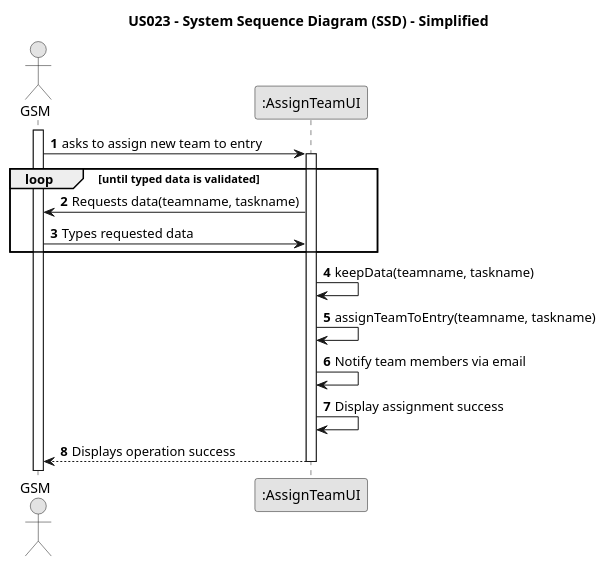
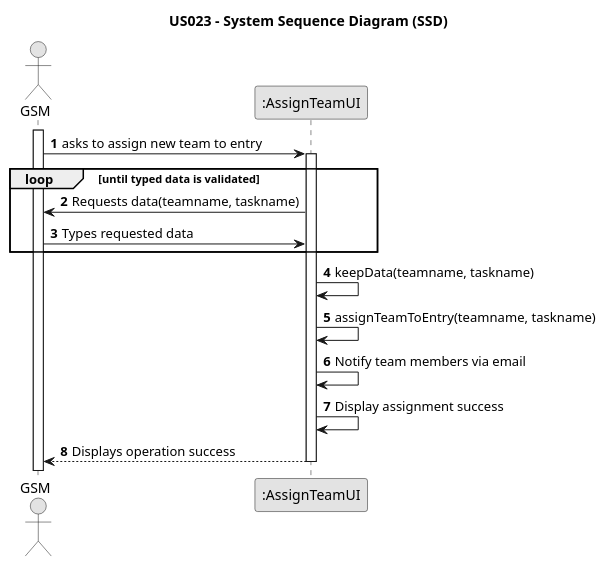
The diagram in docs/SprintC/us023/01.requirements-engineering/puml/us023-system-sequence-diagram.puml (Rui-San/LAPR2_2023_2024), drawn with PlantUML before and after one commit. The commit also changed 7 other files, not shown here.

```diff
--- a/docs/SprintC/us023/01.requirements-engineering/puml/us023-system-sequence-diagram.puml
+++ b/docs/SprintC/us023/01.requirements-engineering/puml/us023-system-sequence-diagram.puml
@@ -1,31 +1,31 @@
 @startuml
 skinparam monochrome true
 skinparam packageStyle rectangle
 skinparam shadowing false
 
-title US023 - System Sequence Diagram (SSD) - Simplified
+title US023 - System Sequence Diagram (SSD)
 
 autonumber
 
 actor "GSM" as GSM
 participant ":AssignTeamUI" as UI
 
 activate GSM
 
     GSM -> UI: asks to assign new team to entry
     activate UI
 
     loop until typed data is validated
     UI -> GSM: Requests data(teamname, taskname)
     GSM -> UI: Types requested data
     end loop
 
     UI -> UI: keepData(teamname, taskname)
     UI -> UI: assignTeamToEntry(teamname, taskname)
     UI -> UI: Notify team members via email
     UI -> UI: Display assignment success
 
     UI --> GSM: Displays operation success
     deactivate UI
 
 @enduml
```
